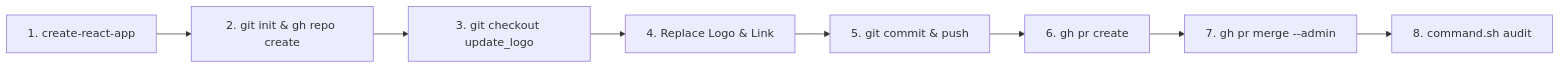
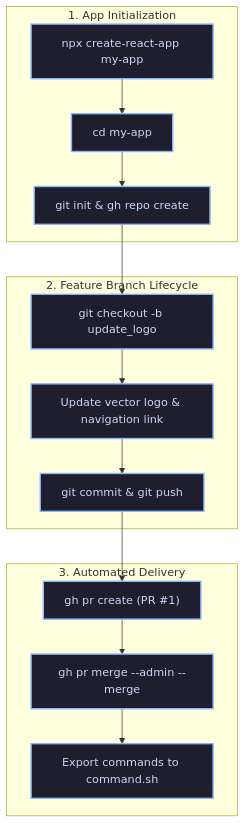
One commit to zeeshansaeed6/my-app changed the diagram in README.md. Above: the diagram before and after it, drawn with Mermaid. The commit also changed other lines of this file, not shown here.

Commit message:
docs: rename to My React App and enhance design

````diff
--- a/README.md
+++ b/README.md
@@ -64,10 +87,22 @@
 ```mermaid
-flowchart LR
-    A[1. create-react-app] --> B[2. git init & gh repo create]
-    B --> C[3. git checkout update_logo]
-    C --> D[4. Replace Logo & Link]
-    D --> E[5. git commit & push]
-    E --> F[6. gh pr create]
-    F --> G[7. gh pr merge --admin]
-    G --> H[8. command.sh audit]
+flowchart TD
+    subgraph INIT ["1. App Initialization"]
+        A["npx create-react-app my-app"] --> B["cd my-app"]
+        B --> C["git init & gh repo create"]
+    end
+
+    subgraph FEATURE ["2. Feature Branch Lifecycle"]
+        C --> D["git checkout -b update_logo"]
+        D --> E["Update vector logo & navigation link"]
+        E --> F["git commit & git push"]
+    end
+
+    subgraph CI ["3. Automated Delivery"]
+        F --> G["gh pr create (PR #1)"]
+        G --> H["gh pr merge --admin --merge"]
+        H --> I["Export commands to command.sh"]
+    end
+
+    classDef stage fill:#1e1e2e,stroke:#89b4fa,stroke-width:2px,color:#cdd6f4;
+    class A,B,C,D,E,F,G,H,I stage;
 ```
````
